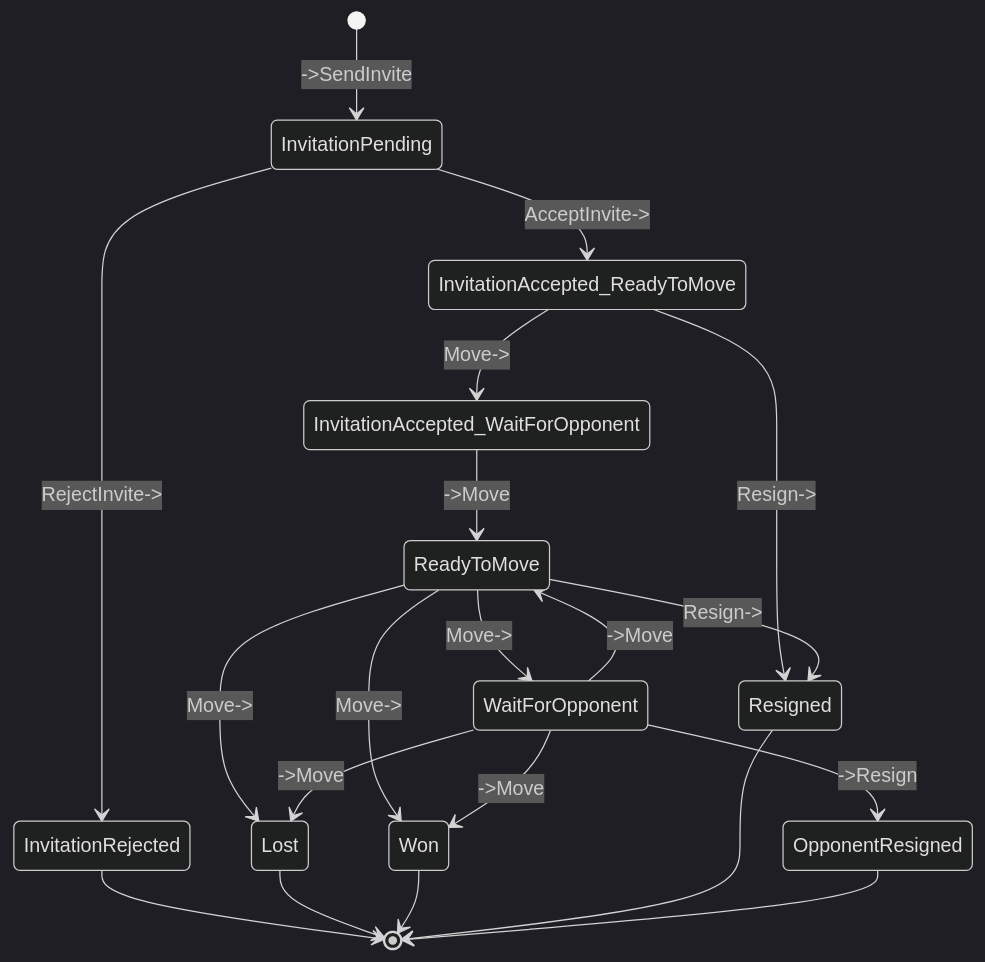
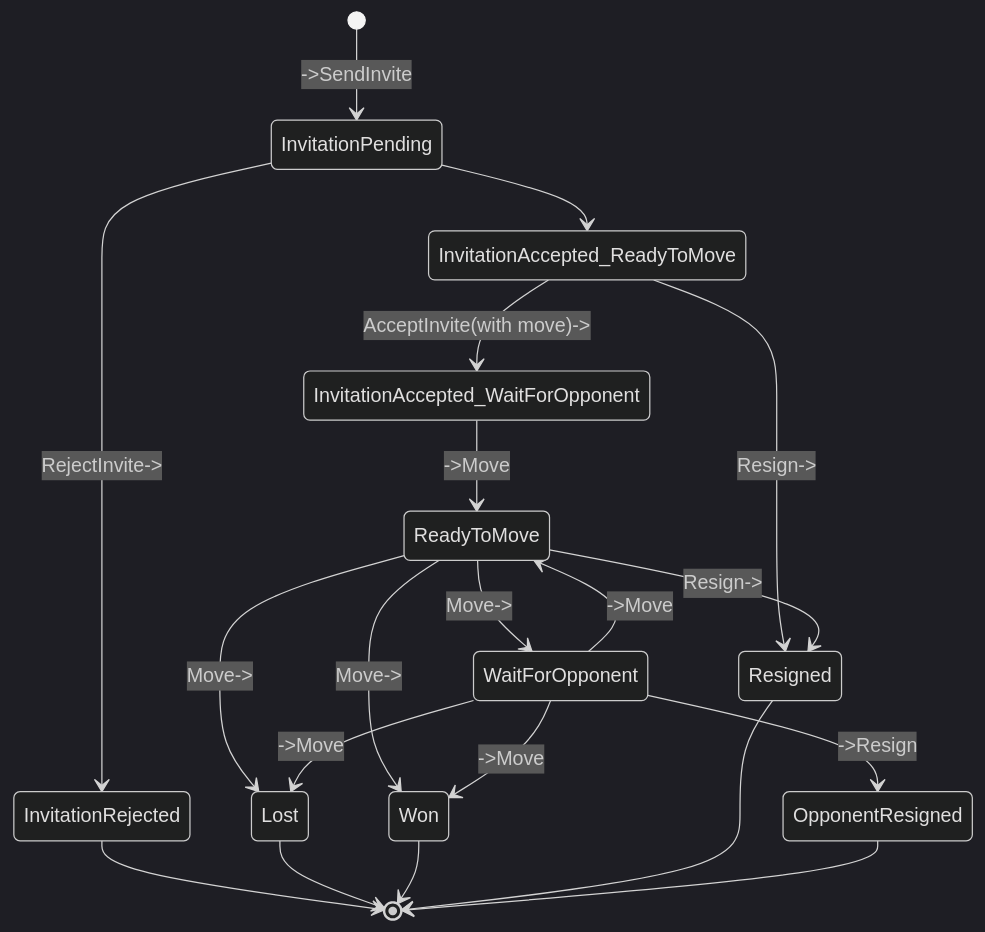
One commit to jenspfahl/hylex changed the second of 5 diagrams in README.md. Above: the diagram before and after it, drawn with Mermaid (dark theme). The commit also changed 4 other files, not shown here.

````diff
--- a/README.md
+++ b/README.md
@@ -56,23 +56,23 @@
 ```mermaid
     stateDiagram-v2
     
         [*] --> InvitationPending: ->SendInvite
-        InvitationPending --> InvitationAccepted_ReadyToMove: AcceptInvite->
+        InvitationPending --> InvitationAccepted_ReadyToMove
         InvitationPending --> InvitationRejected: RejectInvite->
         InvitationRejected --> [*]
-        InvitationAccepted_ReadyToMove --> InvitationAccepted_WaitForOpponent: Move->
+        InvitationAccepted_ReadyToMove --> InvitationAccepted_WaitForOpponent: AcceptInvite(with move)->
         InvitationAccepted_ReadyToMove --> Resigned: Resign->
         ReadyToMove --> WaitForOpponent: Move->
         InvitationAccepted_WaitForOpponent --> ReadyToMove: ->Move
         WaitForOpponent --> ReadyToMove: ->Move
         ReadyToMove --> Lost: Move->
         ReadyToMove --> Won: Move->
         ReadyToMove --> Resigned: Resign->
         WaitForOpponent --> Lost: ->Move
         WaitForOpponent --> Won: ->Move
         WaitForOpponent --> OpponentResigned: ->Resign    
         Lost --> [*]
         Won --> [*]
         Resigned --> [*]
         OpponentResigned --> [*]
 ```
````
